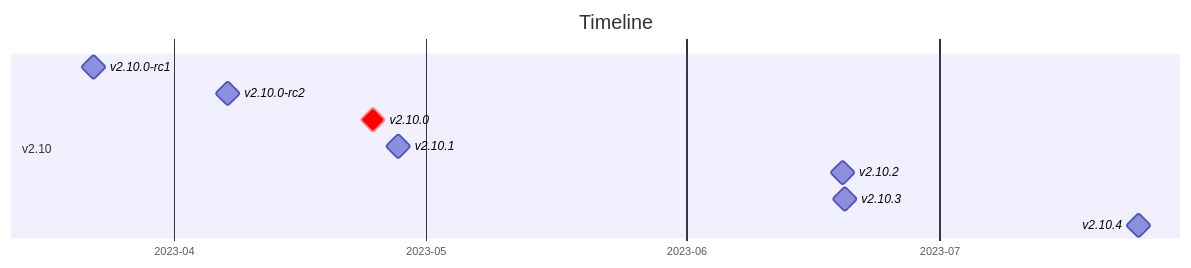
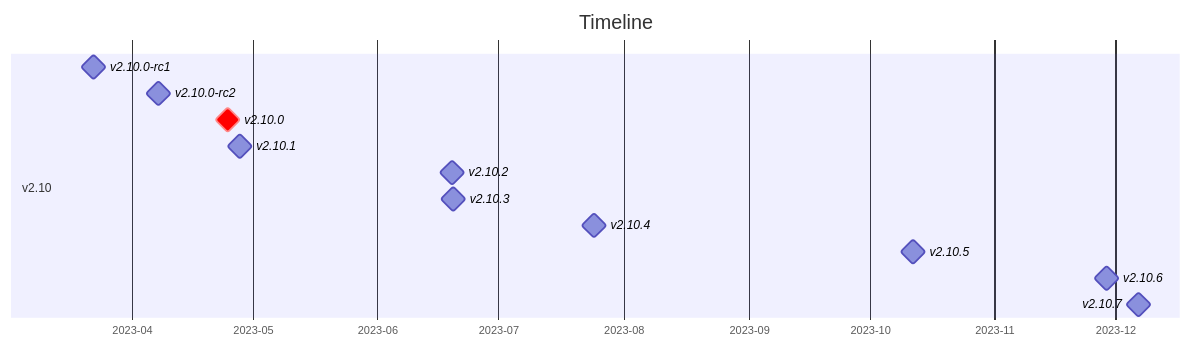
Before and after one commit to traefik-contrib/traefik-history: diagram 20 of 22 in readme.md, drawn with Mermaid. The commit also changed other lines of this file and 1 other file, not shown here.

````diff
--- a/readme.md
+++ b/readme.md
@@ -868,17 +868,20 @@
 ```mermaid
 gantt
     title Timeline
     todayMarker off
     tickInterval 1month
     axisFormat %Y-%m
     dateFormat YYYY-MM-DD HH:mm:ss
     section v2.10
         v2.10.0-rc1: milestone, 2023-03-22 11:06:05, 0d
         v2.10.0-rc2: milestone, 2023-04-07 11:00:06, 0d
         v2.10.0: crit, milestone, 2023-04-24 15:38:05, 0d
         v2.10.1: milestone, 2023-04-27 16:46:11, 0d
         v2.10.2: milestone, 2023-06-19 12:00:06, 0d
         v2.10.3: milestone, 2023-06-19 18:14:30, 0d
         v2.10.4: milestone, 2023-07-24 16:44:05, 0d
+        v2.10.5: milestone, 2023-10-11 15:50:05, 0d
+        v2.10.6: milestone, 2023-11-28 15:46:10, 0d
+        v2.10.7: milestone, 2023-12-06 16:42:09, 0d
 
 ```
````
